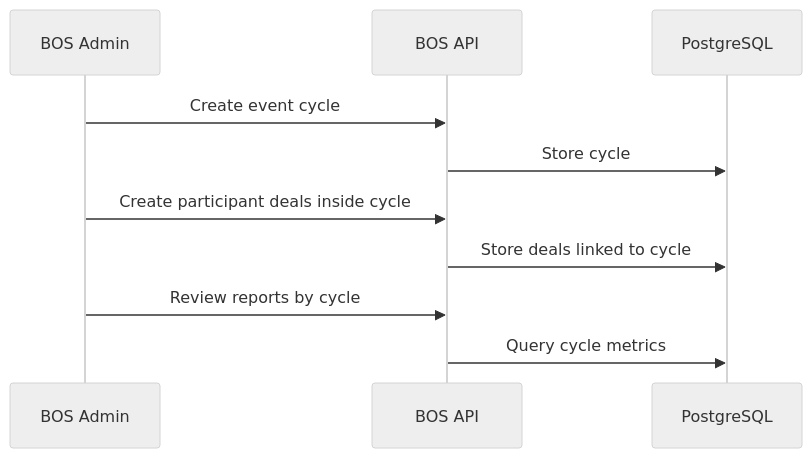
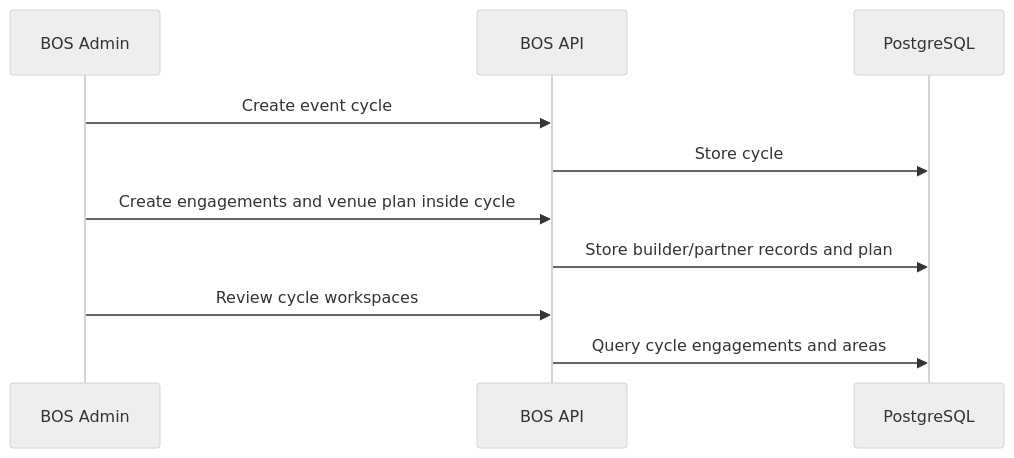
Before and after one commit to neetrino/BigProjects_BOS: the third of 6 diagrams in docs/01-ARCHITECTURE.md, drawn with Mermaid (neutral theme). The commit also changed other lines of this file and 72 other files, not shown here.

````diff
--- a/docs/01-ARCHITECTURE.md
+++ b/docs/01-ARCHITECTURE.md
@@ -184,13 +184,13 @@
 ```mermaid
 sequenceDiagram
   participant Admin as BOS Admin
   participant BOS as BOS API
   participant DB as PostgreSQL
 
   Admin->>BOS: Create event cycle
   BOS->>DB: Store cycle
-  Admin->>BOS: Create participant deals inside cycle
-  BOS->>DB: Store deals linked to cycle
-  Admin->>BOS: Review reports by cycle
-  BOS->>DB: Query cycle metrics
+  Admin->>BOS: Create engagements and venue plan inside cycle
+  BOS->>DB: Store builder/partner records and plan
+  Admin->>BOS: Review cycle workspaces
+  BOS->>DB: Query cycle engagements and areas
 ```
````
